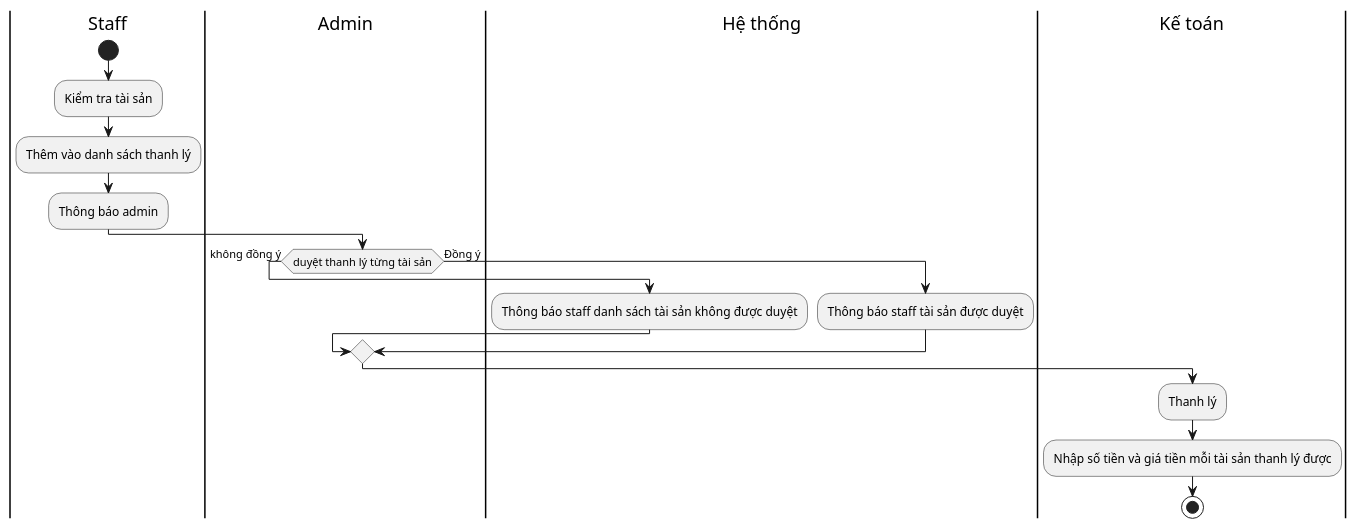
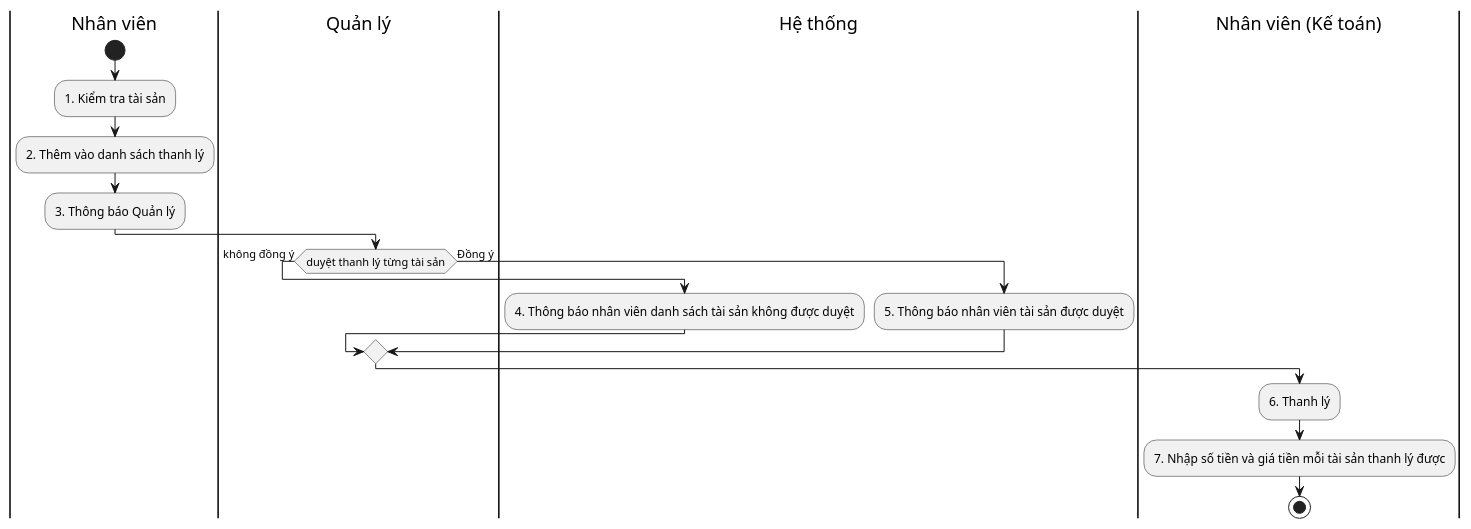
One commit to QuickyBooster/SE357-Pratice-class changed the diagram in Lab1/Lab1.2/Activity Diagram/Quản lý tài sản/Thanh lý tài sản.puml. Above: the diagram before and after it, drawn with PlantUML. The commit also changed 19 other files, not shown here.

```diff
--- a/Lab1/Lab1.2/Activity Diagram/Quản lý tài sản/Thanh lý tài sản.puml
+++ b/Lab1/Lab1.2/Activity Diagram/Quản lý tài sản/Thanh lý tài sản.puml
@@ -1,18 +1,18 @@
 @startuml
-|Staff|
+|Nhân viên|
 start
-:Kiểm tra tài sản;
-:Thêm vào danh sách thanh lý;
-:Thông báo admin;
-|Admin|
+:1. Kiểm tra tài sản;
+:2. Thêm vào danh sách thanh lý;
+:3. Thông báo Quản lý;
+|Quản lý|
 if (duyệt thanh lý từng tài sản) then (không đồng ý)
     |Hệ thống|
-    :Thông báo staff danh sách tài sản không được duyệt;
+    :4. Thông báo nhân viên danh sách tài sản không được duyệt;
 else (Đồng ý)
-    :Thông báo staff tài sản được duyệt;
+    :5. Thông báo nhân viên tài sản được duyệt;
 endif
-|Kế toán|
-:Thanh lý;
-:Nhập số tiền và giá tiền mỗi tài sản thanh lý được;
+|Nhân viên (Kế toán)|
+:6. Thanh lý;
+:7. Nhập số tiền và giá tiền mỗi tài sản thanh lý được;
 stop
 @enduml
```
